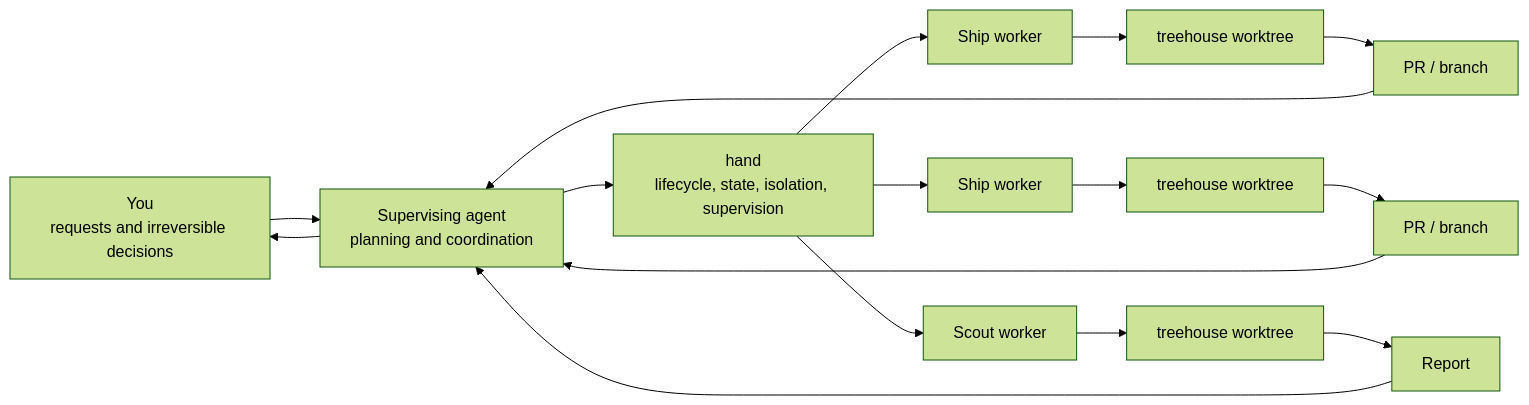
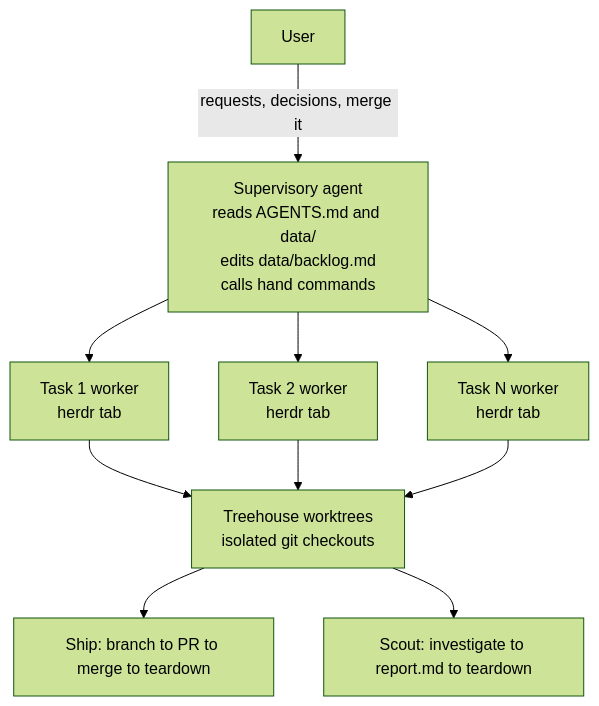
Before and after one commit to atqamz/hand: the diagram in README.md, drawn with Mermaid (forest theme). The commit also changed other lines of this file and 6 other files, not shown here.

````diff
--- a/README.md
+++ b/README.md
@@ -326,22 +86,12 @@
 ```mermaid
-flowchart LR
-    user["You<br/>requests and irreversible decisions"] --> supervisor["Supervising agent<br/>planning and coordination"]
-    supervisor --> hand["hand<br/>lifecycle, state, isolation, supervision"]
-
-    hand --> worker1["Ship worker"]
-    hand --> worker2["Ship worker"]
-    hand --> scout["Scout worker"]
-
-    worker1 --> tree1["treehouse worktree"]
-    worker2 --> tree2["treehouse worktree"]
-    scout --> tree3["treehouse worktree"]
-
-    tree1 --> pr1["PR / branch"]
-    tree2 --> pr2["PR / branch"]
-    tree3 --> report["Report"]
-
-    pr1 --> supervisor
-    pr2 --> supervisor
-    report --> supervisor
-    supervisor --> user
+flowchart TD
+    user[User] -->|"requests, decisions, merge it"| supervisor["Supervisory agent<br/>reads AGENTS.md and data/<br/>edits data/backlog.md<br/>calls hand commands"]
+    supervisor --> task1["Task 1 worker<br/>herdr tab"]
+    supervisor --> task2["Task 2 worker<br/>herdr tab"]
+    supervisor --> taskN["Task N worker<br/>herdr tab"]
+    task1 --> worktrees["Treehouse worktrees<br/>isolated git checkouts"]
+    task2 --> worktrees
+    taskN --> worktrees
+    worktrees --> ship["Ship: branch to PR to merge to teardown"]
+    worktrees --> scout["Scout: investigate to report.md to teardown"]
 ```
````
